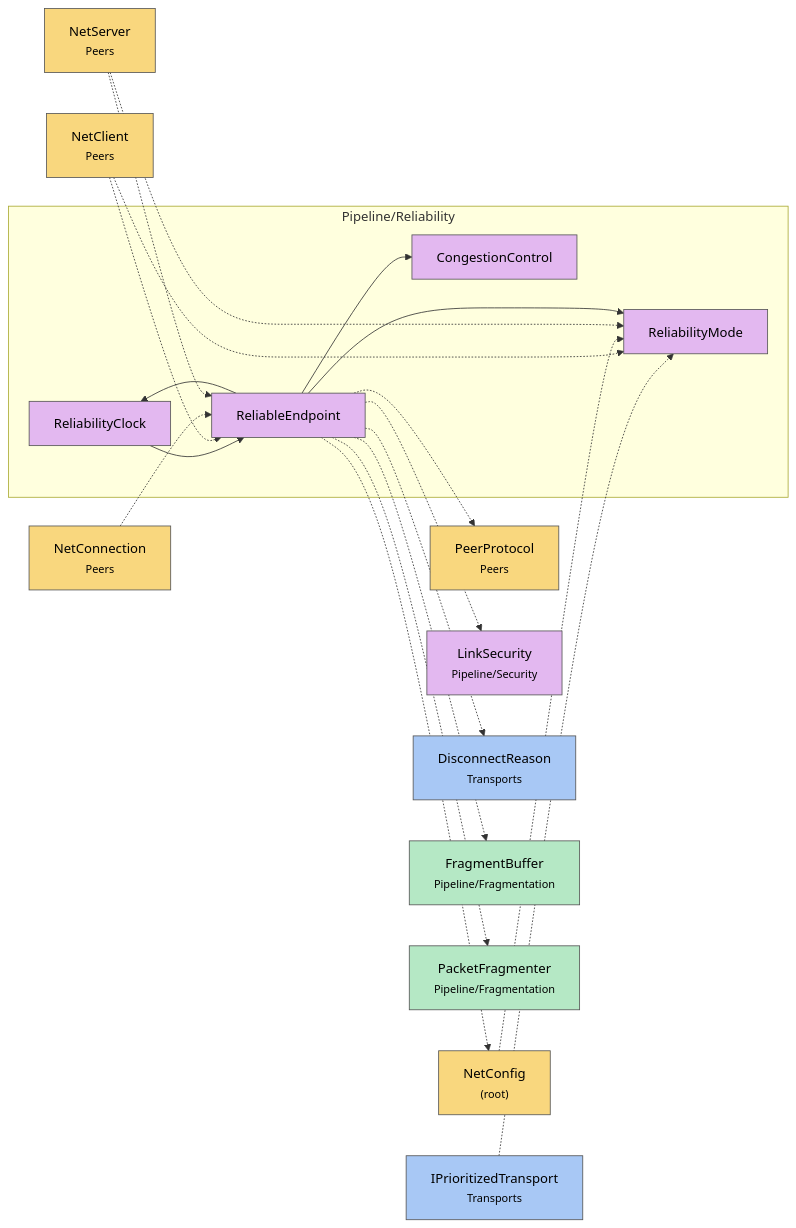
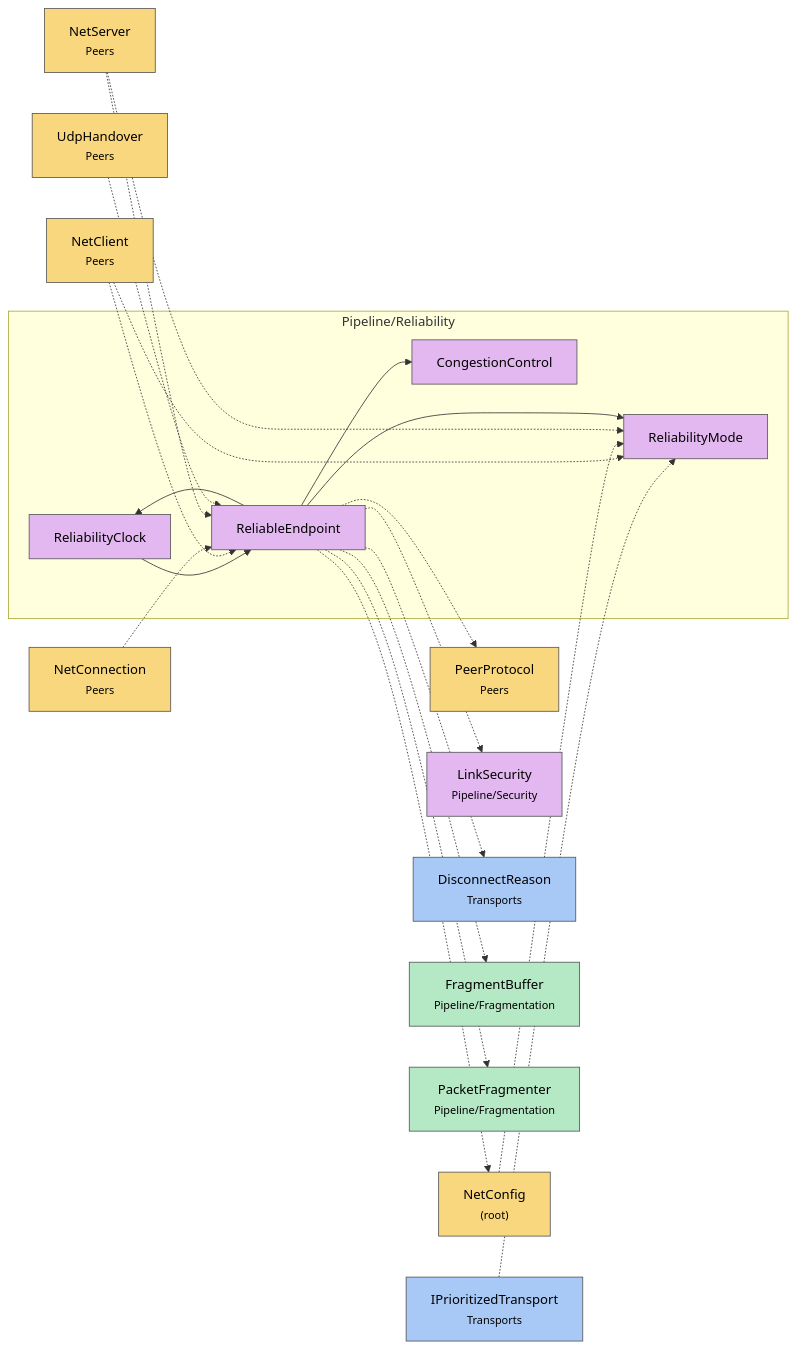
The diagram in docs/4 Diagrams/Modules/Module map Pipeline Reliability.md (VladislavKresov/NetSync), drawn with Mermaid before and after one commit. The commit also changed other lines of this file and 56 other files, not shown here.

Commit message:
Docs: limitations and roadmap after rc.6 work; regenerated code reference

````diff
--- a/docs/4 Diagrams/Modules/Module map Pipeline Reliability.md
+++ b/docs/4 Diagrams/Modules/Module map Pipeline Reliability.md
@@ -11,41 +11,43 @@
 ```mermaid
 flowchart LR
   subgraph f_Pipeline_Reliability["Pipeline/Reliability"]
     m_CongestionControl["CongestionControl"]:::session
     m_ReliabilityClock["ReliabilityClock"]:::session
     m_ReliabilityMode["ReliabilityMode"]:::session
     m_ReliableEndpoint["ReliableEndpoint"]:::session
   end
   m_NetConfig["NetConfig<br/><small>(root)</small>"]:::api
   m_NetClient["NetClient<br/><small>Peers</small>"]:::api
   m_NetConnection["NetConnection<br/><small>Peers</small>"]:::api
   m_NetServer["NetServer<br/><small>Peers</small>"]:::api
   m_PeerProtocol["PeerProtocol<br/><small>Peers</small>"]:::api
+  m_UdpHandover["UdpHandover<br/><small>Peers</small>"]:::api
   m_LinkSecurity["LinkSecurity<br/><small>Pipeline/Security</small>"]:::session
   m_DisconnectReason["DisconnectReason<br/><small>Transports</small>"]:::transports
   m_IPrioritizedTransport["IPrioritizedTransport<br/><small>Transports</small>"]:::transports
   m_FragmentBuffer["FragmentBuffer<br/><small>Pipeline/Fragmentation</small>"]:::infrastructure
   m_PacketFragmenter["PacketFragmenter<br/><small>Pipeline/Fragmentation</small>"]:::infrastructure
   m_ReliabilityClock --> m_ReliableEndpoint
   m_IPrioritizedTransport -.-> m_ReliabilityMode
   m_NetClient -.-> m_ReliabilityMode
   m_NetConfig -.-> m_ReliabilityMode
   m_NetServer -.-> m_ReliabilityMode
   m_ReliableEndpoint --> m_CongestionControl
   m_ReliableEndpoint -.-> m_DisconnectReason
   m_ReliableEndpoint -.-> m_FragmentBuffer
   m_ReliableEndpoint -.-> m_LinkSecurity
   m_ReliableEndpoint -.-> m_NetConfig
   m_ReliableEndpoint -.-> m_PacketFragmenter
   m_ReliableEndpoint -.-> m_PeerProtocol
   m_ReliableEndpoint --> m_ReliabilityClock
   m_ReliableEndpoint --> m_ReliabilityMode
   m_NetClient -.-> m_ReliableEndpoint
   m_NetConnection -.-> m_ReliableEndpoint
   m_NetServer -.-> m_ReliableEndpoint
+  m_UdpHandover -.-> m_ReliableEndpoint
   classDef api fill:#f9d77e,stroke:#555,color:#000
   classDef session fill:#e3b8f0,stroke:#555,color:#000
   classDef transports fill:#a8c8f5,stroke:#555,color:#000
   classDef infrastructure fill:#b5e8c5,stroke:#555,color:#000
   classDef foundation fill:#dddddd,stroke:#555,color:#000
 ```
````
